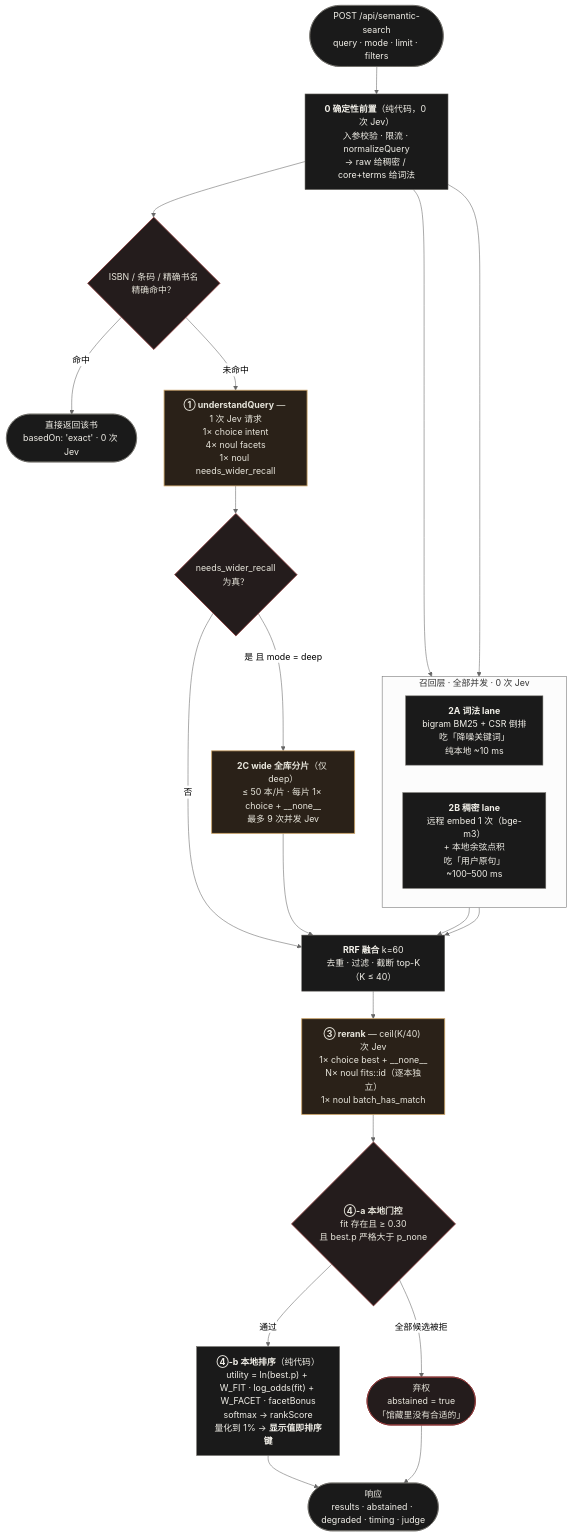
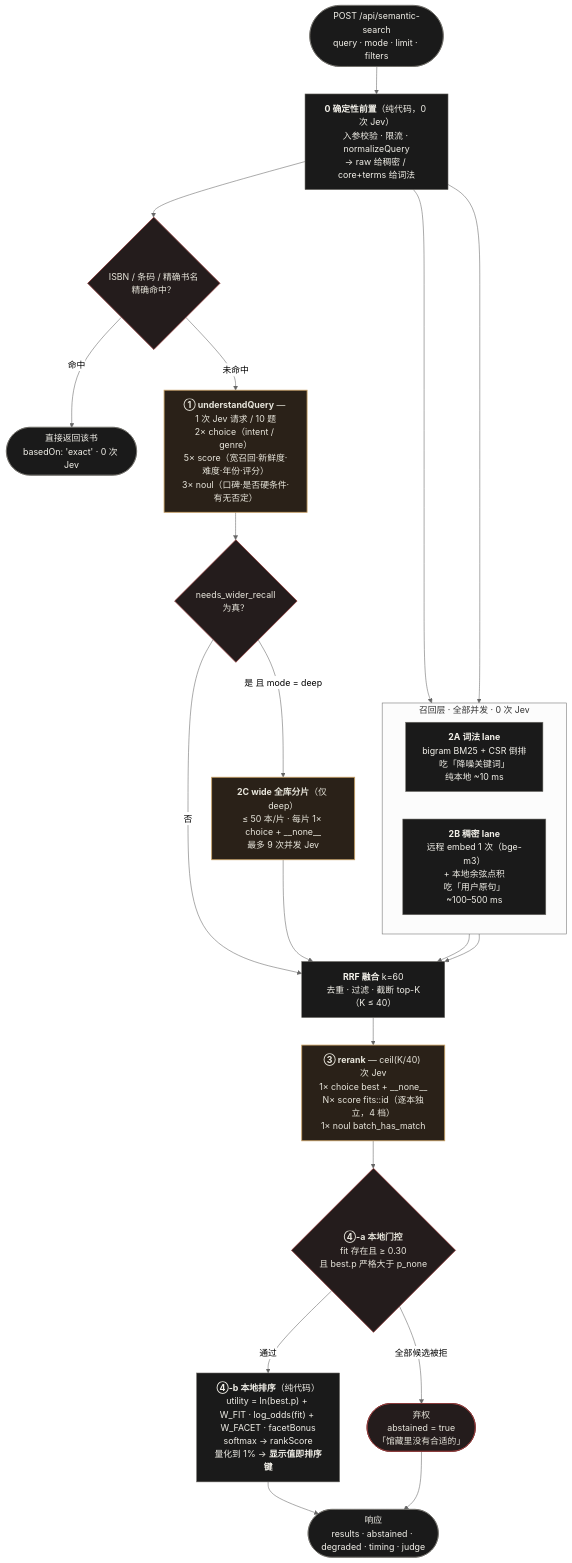
The first of 6 diagrams in docs/jev-docs/需求/语义检索-设计方案.md (xulei-shl/book-echoes-aibot), drawn with Mermaid (neutral theme) before and after one commit. The commit also changed other lines of this file and 37 other files, not shown here.

First line of the commit message:
语义检索重构：用足 Jev 的 noul/choice/score 三种题型，并补上评测集

````diff
--- a/docs/jev-docs/需求/语义检索-设计方案.md
+++ b/docs/jev-docs/需求/语义检索-设计方案.md
@@ -195,56 +195,56 @@
 ```mermaid
 flowchart TD
     Q(["POST /api/semantic-search<br/>query · mode · limit · filters"])
 
     P0["<b>0 确定性前置</b>（纯代码，0 次 Jev）<br/>入参校验 · 限流 · normalizeQuery<br/>→ raw 给稠密 / core+terms 给词法"]
 
     EXACT{"ISBN / 条码 / 精确书名<br/>精确命中？"}
     EX(["直接返回该书<br/>basedOn: 'exact' · 0 次 Jev"])
 
-    U["<b>① understandQuery</b> — 1 次 Jev 请求<br/>1× choice intent<br/>4× noul facets<br/>1× noul needs_wider_recall"]
+    U["<b>① understandQuery</b> — 1 次 Jev 请求 / 10 题<br/>2× choice（intent / genre）<br/>5× score（宽召回·新鲜度·难度·年份·评分）<br/>3× noul（口碑·是否硬条件·有无否定）"]
 
     subgraph RECALL["召回层 · 全部并发 · 0 次 Jev"]
         direction LR
         LEX["<b>2A 词法 lane</b><br/>bigram BM25 + CSR 倒排<br/>吃「降噪关键词」<br/>纯本地 ~10 ms"]
         DENSE["<b>2B 稠密 lane</b><br/>远程 embed 1 次（bge-m3）<br/>+ 本地余弦点积<br/>吃「用户原句」<br/>~100–500 ms"]
     end
 
     NEED{"needs_wider_recall<br/>为真？"}
     WIDE["<b>2C wide 全库分片</b>（仅 deep）<br/>≤ 50 本/片 · 每片 1× choice + __none__<br/>最多 9 次并发 Jev"]
 
     RRF["<b>RRF 融合</b> k=60<br/>去重 · 过滤 · 截断 top-K（K ≤ 40）"]
 
-    RERANK["<b>③ rerank</b> — ceil(K/40) 次 Jev<br/>1× choice best + __none__<br/>N× noul fits::id（逐本独立）<br/>1× noul batch_has_match"]
+    RERANK["<b>③ rerank</b> — ceil(K/40) 次 Jev<br/>1× choice best + __none__<br/>N× score fits::id（逐本独立，4 档）<br/>1× noul batch_has_match"]
 
     GATE{"<b>④-a 本地门控</b><br/>fit 存在且 ≥ 0.30<br/>且 best.p 严格大于 p_none"}
     ABSTAIN(["弃权<br/>abstained = true<br/>「馆藏里没有合适的」"])
 
     RANK["<b>④-b 本地排序</b>（纯代码）<br/>utility = ln(best.p) + W_FIT · log_odds(fit) + W_FACET · facetBonus<br/>softmax → rankScore<br/>量化到 1% → <b>显示值即排序键</b>"]
 
     OUT(["响应<br/>results · abstained · degraded · timing · judge"])
 
     Q --> P0 --> EXACT
     EXACT -->|命中| EX
     EXACT -->|未命中| U
     P0 --> LEX
     P0 --> DENSE
     U --> NEED
     NEED -->|"是 且 mode = deep"| WIDE
     NEED -->|"否"| RRF
     WIDE --> RRF
     LEX --> RRF
     DENSE --> RRF
     RRF --> RERANK
     RERANK --> GATE
     GATE -->|通过| RANK
     GATE -->|全部候选被拒| ABSTAIN
     RANK --> OUT
     ABSTAIN --> OUT
 
     classDef jev fill:#2a2118,stroke:#C9A063,stroke-width:1.5px,color:#E8E6DC
     classDef code fill:#1a1a1a,stroke:#6F6D68,stroke-width:1px,color:#F2F0E9
     classDef gate fill:#241c1c,stroke:#8B3A3A,stroke-width:1.5px,color:#E8E6DC
     class U,WIDE,RERANK jev
     class P0,LEX,DENSE,RRF,RANK,EX,OUT,Q code
     class EXACT,NEED,GATE,ABSTAIN gate
 ```
````
